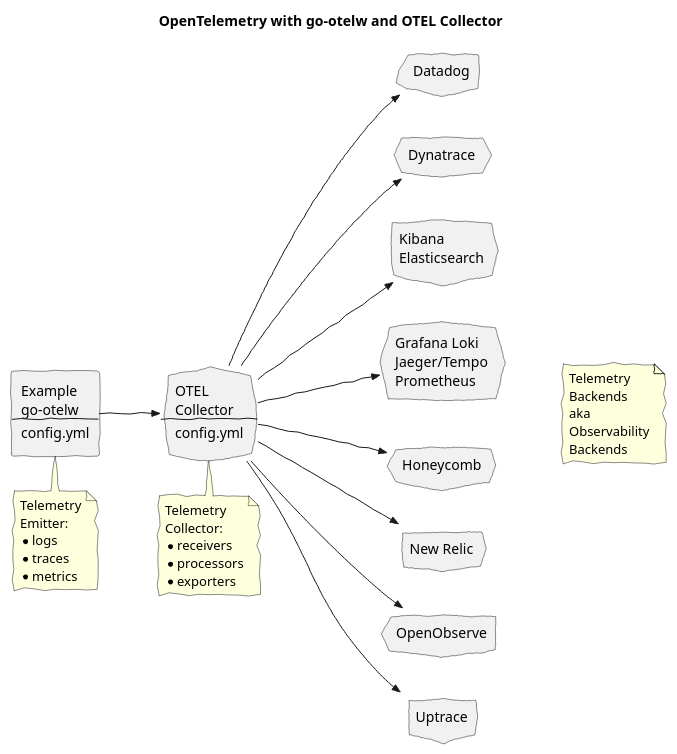
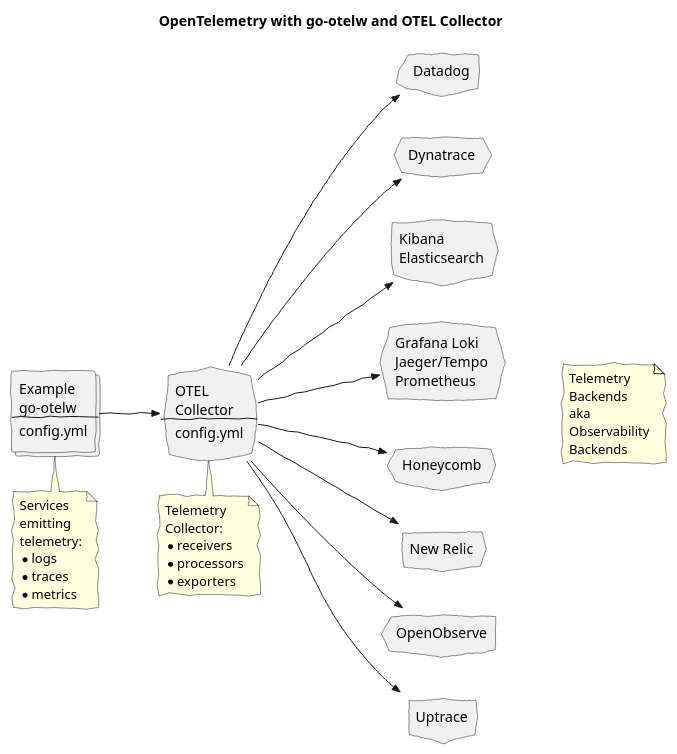
The diagram in docs/diagrams/overview.puml (yolkhovyy/go-otelw), drawn with PlantUML before and after one commit. The commit also changed 11 other files, not shown here.

```diff
--- a/docs/diagrams/overview.puml
+++ b/docs/diagrams/overview.puml
@@ -1,62 +1,63 @@
 @startuml overview
 title OpenTelemetry with go-otelw and OTEL Collector
 left to right direction
 skinparam handwritten true
 
-agent "Example\ngo-otelw\n--\nconfig.yml" as EX
+collections "Example\ngo-otelw\n--\nconfig.yml" as EX
 cloud "OTEL\nCollector\n--\nconfig.yml" as OC
 
 cloud "Datadog" as DD
 cloud "Dynatrace" as DT
 cloud "Kibana\nElasticsearch" as EK
 cloud "Grafana Loki\nJaeger/Tempo\nPrometheus" as G
 cloud "Honeycomb" as HC
 cloud "New Relic" as NR
 cloud "OpenObserve" as OO
 cloud "Uptrace" as UPT
 
 EX -->> OC
 
 OC --->> UPT
 OC --->> OO
 OC --->> NR
 OC --->> EK
 OC --->> HC
 OC --->> G
 OC --->> DT
 OC --->> DD
 
 note bottom of EX
-Telemetry
-Emitter:
+Services
+emitting
+telemetry:
 * logs
 * traces
 * metrics
 end note
 
 note bottom of OC
 Telemetry
 Collector:
 * receivers
 * processors
 * exporters
 end note
 
 note as TMB
 Telemetry
 Backends
 aka
 Observability
 Backends
 end note
 
 UPT .[hidden]. TMB
 OO .[hidden]. TMB
 NR .[hidden]. TMB
 HC .[hidden]. TMB
 G .[hidden]. TMB
 EK .[hidden]. TMB
 DT .[hidden]. TMB
 DD .[hidden]. TMB
 
 @enduml
```
